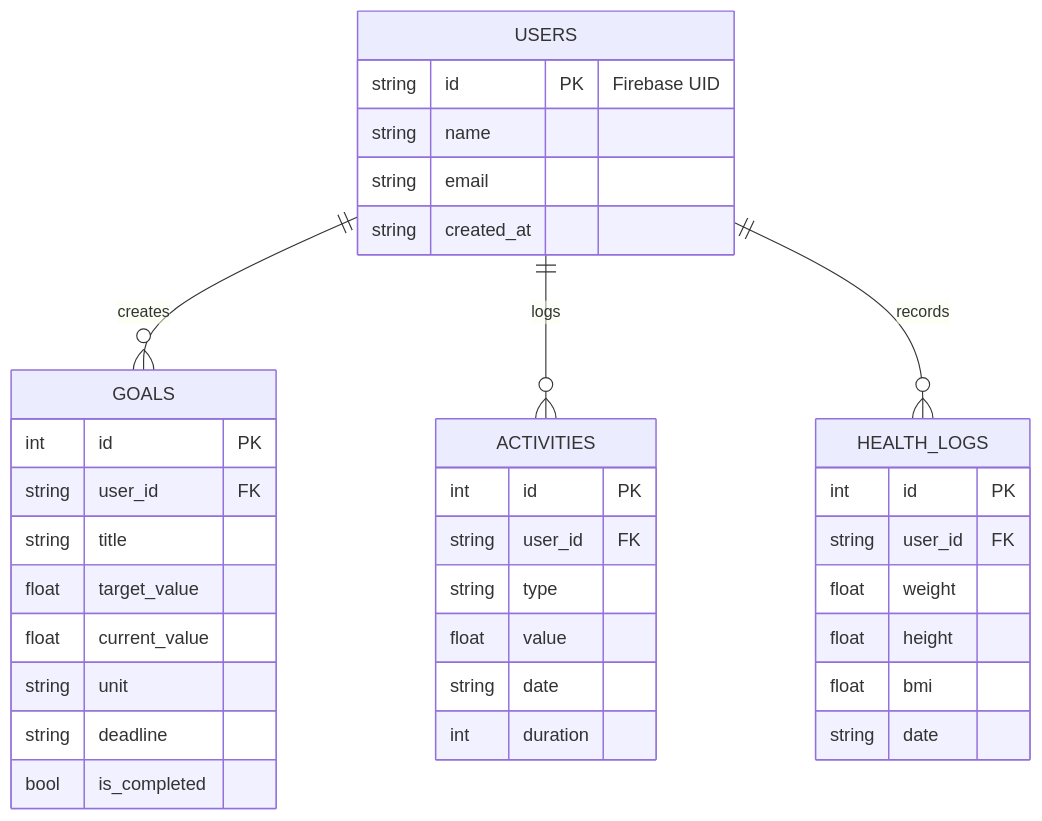
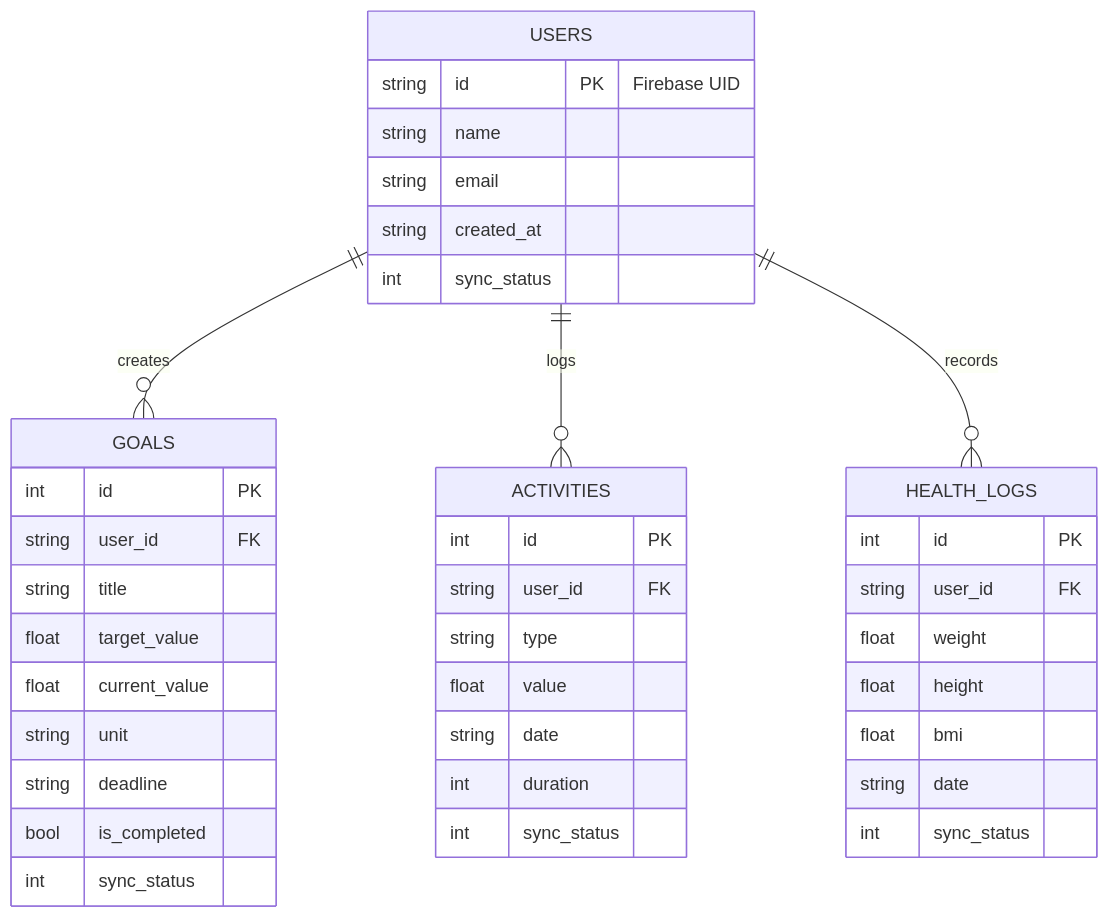
Before and after one commit to DuvinduDinethminDevendra/health_monitor-application: the second of 2 diagrams in system-architecture.md, drawn with Mermaid. The commit also changed other lines of this file and 10 other files, not shown here.

````diff
--- a/system-architecture.md
+++ b/system-architecture.md
@@ -42,39 +50,43 @@
 ```mermaid
 erDiagram
     USERS {
         string id PK "Firebase UID"
         string name
         string email
         string created_at
+        int sync_status
     }
     GOALS {
         int id PK
         string user_id FK
         string title
         float target_value
         float current_value
         string unit
         string deadline
         bool is_completed
+        int sync_status
     }
     ACTIVITIES {
         int id PK
         string user_id FK
         string type
         float value
         string date
         int duration
+        int sync_status
     }
     HEALTH_LOGS {
         int id PK
         string user_id FK
         float weight
         float height
         float bmi
         string date
+        int sync_status
     }
 
     USERS ||--o{ GOALS : creates
     USERS ||--o{ ACTIVITIES : logs
     USERS ||--o{ HEALTH_LOGS : records
 ```
````
